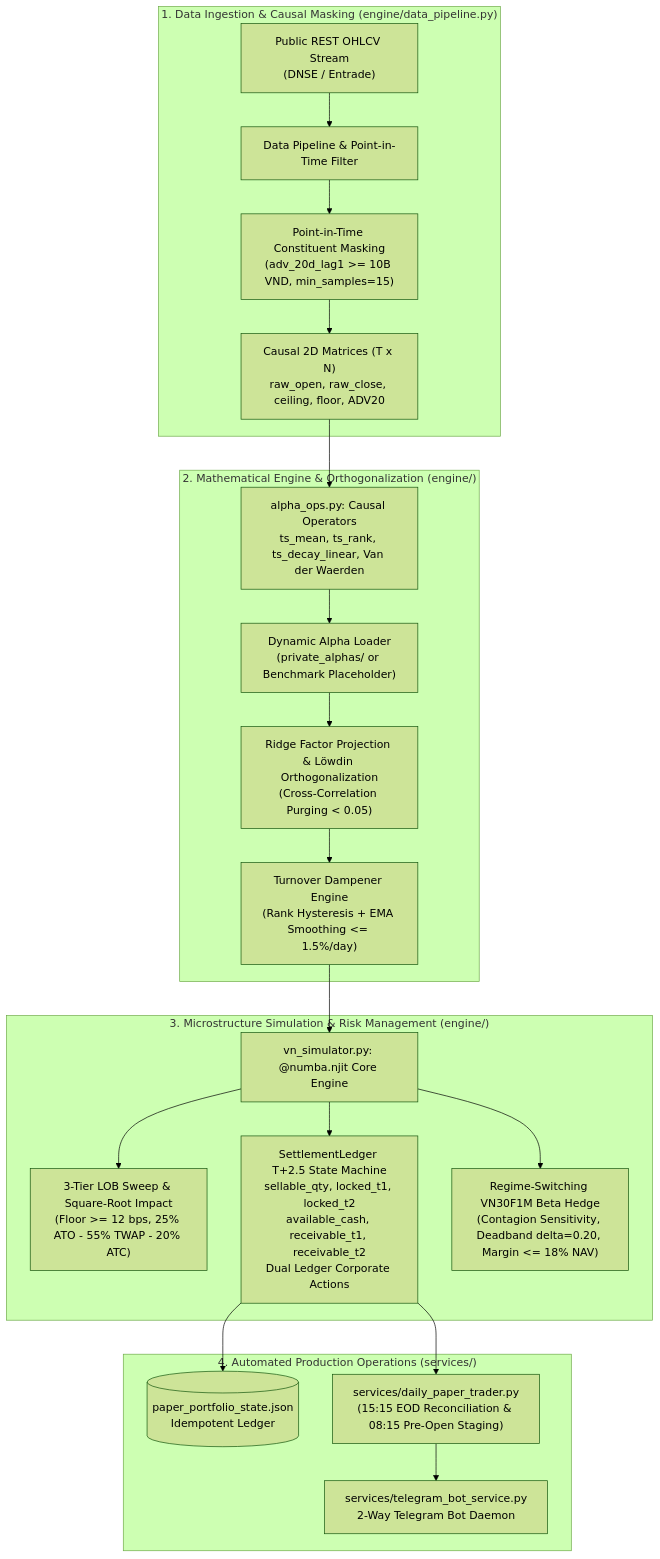
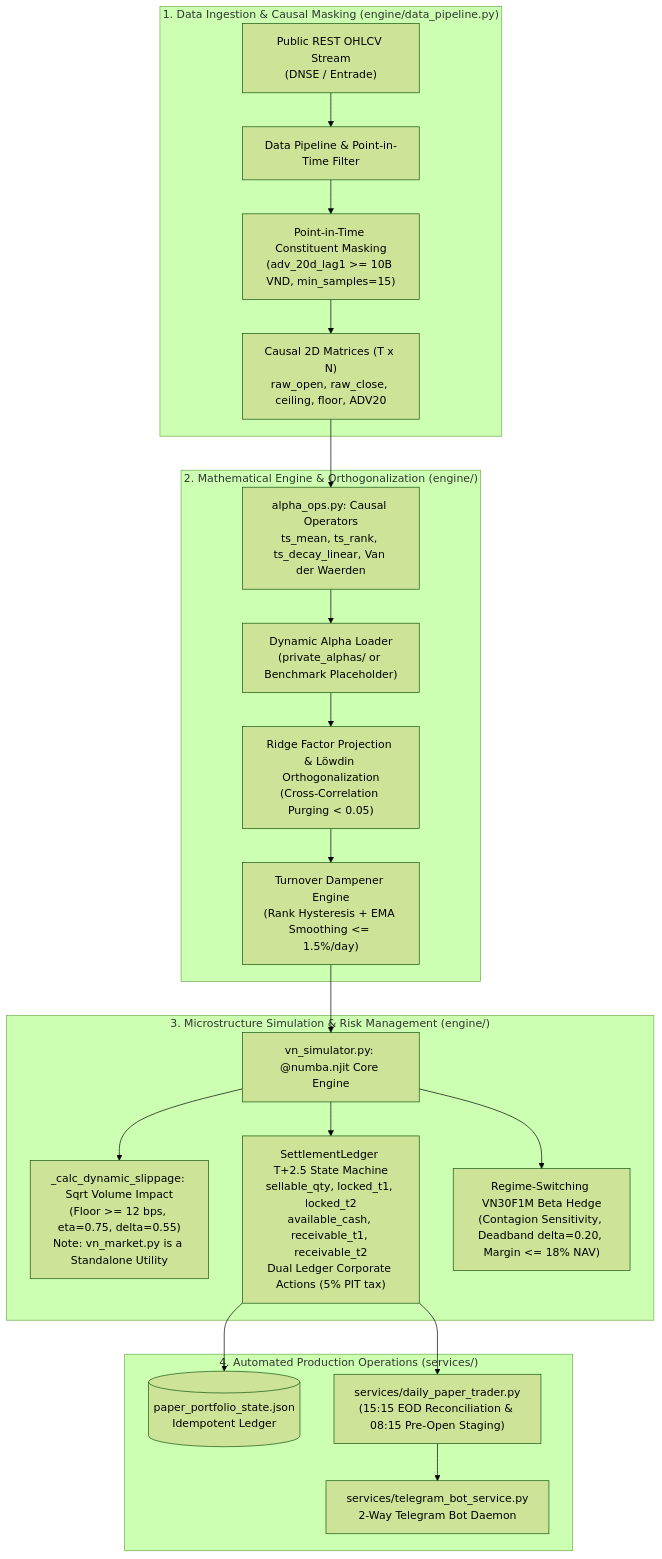
The diagram in README.md (Vincent807759/lean-vn-quant), drawn with Mermaid (forest theme) before and after one commit. The commit also changed other lines of this file and 9 other files, not shown here.

````diff
--- a/README.md
+++ b/README.md
@@ -23,28 +23,28 @@
 ```mermaid
 flowchart TD
     subgraph Data_Layer ["1. Data Ingestion & Causal Masking (engine/data_pipeline.py)"]
         API["Public REST OHLCV Stream\n(DNSE / Entrade)"] --> Fetcher["Data Pipeline & Point-in-Time Filter"]
         Fetcher --> Mask["Point-in-Time Constituent Masking\n(adv_20d_lag1 >= 10B VND, min_samples=15)"]
         Mask --> Matrix["Causal 2D Matrices (T x N)\nraw_open, raw_close, ceiling, floor, ADV20"]
     end
 
     subgraph Alpha_Layer ["2. Mathematical Engine & Orthogonalization (engine/)"]
         Matrix --> Ops["alpha_ops.py: Causal Operators\nts_mean, ts_rank, ts_decay_linear, Van der Waerden"]
         Ops --> Plugin["Dynamic Alpha Loader\n(private_alphas/ or Benchmark Placeholder)"]
         Plugin --> Ortho["Ridge Factor Projection & Löwdin Orthogonalization\n(Cross-Correlation Purging < 0.05)"]
         Ortho --> Dampener["Turnover Dampener Engine\n(Rank Hysteresis + EMA Smoothing <= 1.5%/day)"]
     end
 
     subgraph Sim_Layer ["3. Microstructure Simulation & Risk Management (engine/)"]
         Dampener --> Simulator["vn_simulator.py: @numba.njit Core Engine"]
-        Simulator --> LOB["3-Tier LOB Sweep & Square-Root Impact\n(Floor >= 12 bps, 25% ATO - 55% TWAP - 20% ATC)"]
-        Simulator --> Ledger["SettlementLedger T+2.5 State Machine\nsellable_qty, locked_t1, locked_t2\navailable_cash, receivable_t1, receivable_t2\nDual Ledger Corporate Actions"]
+        Simulator --> Slippage["_calc_dynamic_slippage: Sqrt Volume Impact\n(Floor >= 12 bps, eta=0.75, delta=0.55)\nNote: vn_market.py is a Standalone Utility"]
+        Simulator --> Ledger["SettlementLedger T+2.5 State Machine\nsellable_qty, locked_t1, locked_t2\navailable_cash, receivable_t1, receivable_t2\nDual Ledger Corporate Actions (5% PIT tax)"]
         Simulator --> Hedge["Regime-Switching VN30F1M Beta Hedge\n(Contagion Sensitivity, Deadband delta=0.20, Margin <= 18% NAV)"]
     end
 
     subgraph Ops_Layer ["4. Automated Production Operations (services/)"]
         Ledger --> StateJSON[("paper_portfolio_state.json\nIdempotent Ledger")]
         Ledger --> Trader["services/daily_paper_trader.py\n(15:15 EOD Reconciliation & 08:15 Pre-Open Staging)"]
         Trader --> Telegram["services/telegram_bot_service.py\n2-Way Telegram Bot Daemon"]
     end
 ```
````
